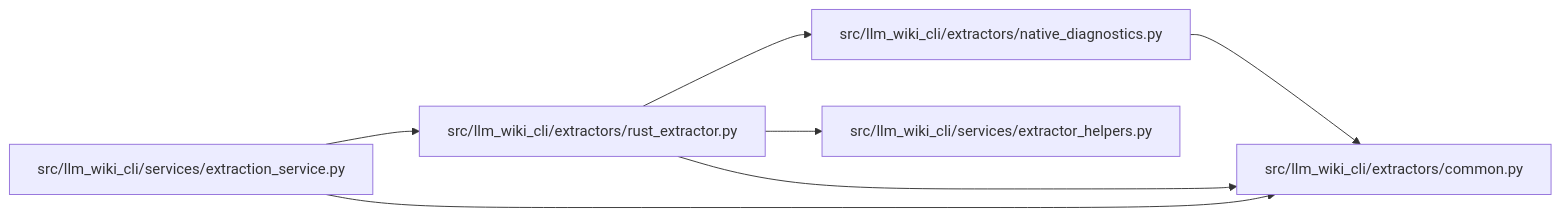
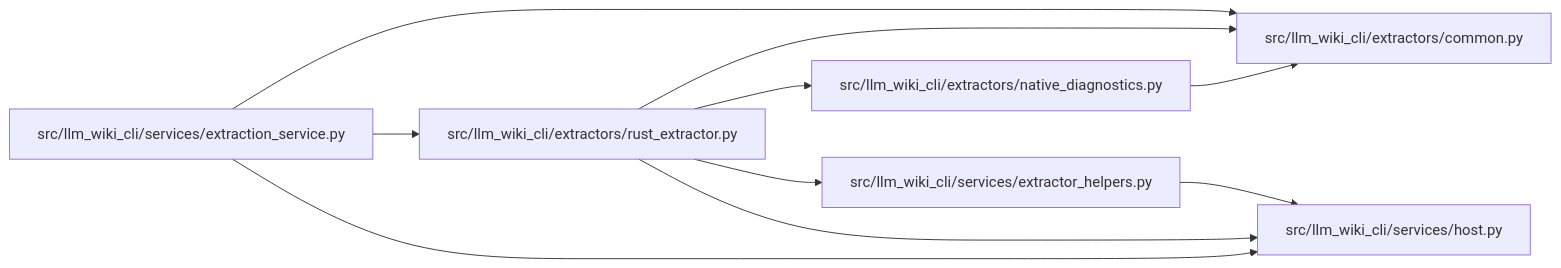
The diagram in docs/llm_wiki/modules/rust_extractor.md (Denissvgn/python-wiki-llm), drawn with Mermaid before and after one commit. The commit also changed other lines of this file and 1555 other files, not shown here.

````diff
--- a/docs/llm_wiki/modules/rust_extractor.md
+++ b/docs/llm_wiki/modules/rust_extractor.md
@@ -36,19 +37,24 @@
 ```mermaid
 flowchart LR
     n0["src/llm_wiki_cli/extractors/common.py"]
     n1["src/llm_wiki_cli/extractors/native_diagnostics.py"]
     n2["src/llm_wiki_cli/extractors/rust_extractor.py"]
     n3["src/llm_wiki_cli/services/extraction_service.py"]
     n4["src/llm_wiki_cli/services/extractor_helpers.py"]
+    n5["src/llm_wiki_cli/services/host.py"]
     n1 --> n0
     n2 --> n0
     n2 --> n1
     n2 --> n4
+    n2 --> n5
     n3 --> n0
     n3 --> n2
+    n3 --> n5
+    n4 --> n5
     click n0 "../modules/common.md"
     click n1 "../modules/native_diagnostics.md"
     click n2 "../modules/rust_extractor.md"
     click n3 "../modules/extraction_service.md"
     click n4 "../modules/extractor_helpers.md"
+    click n5 "../modules/host.md"
 ```
````
